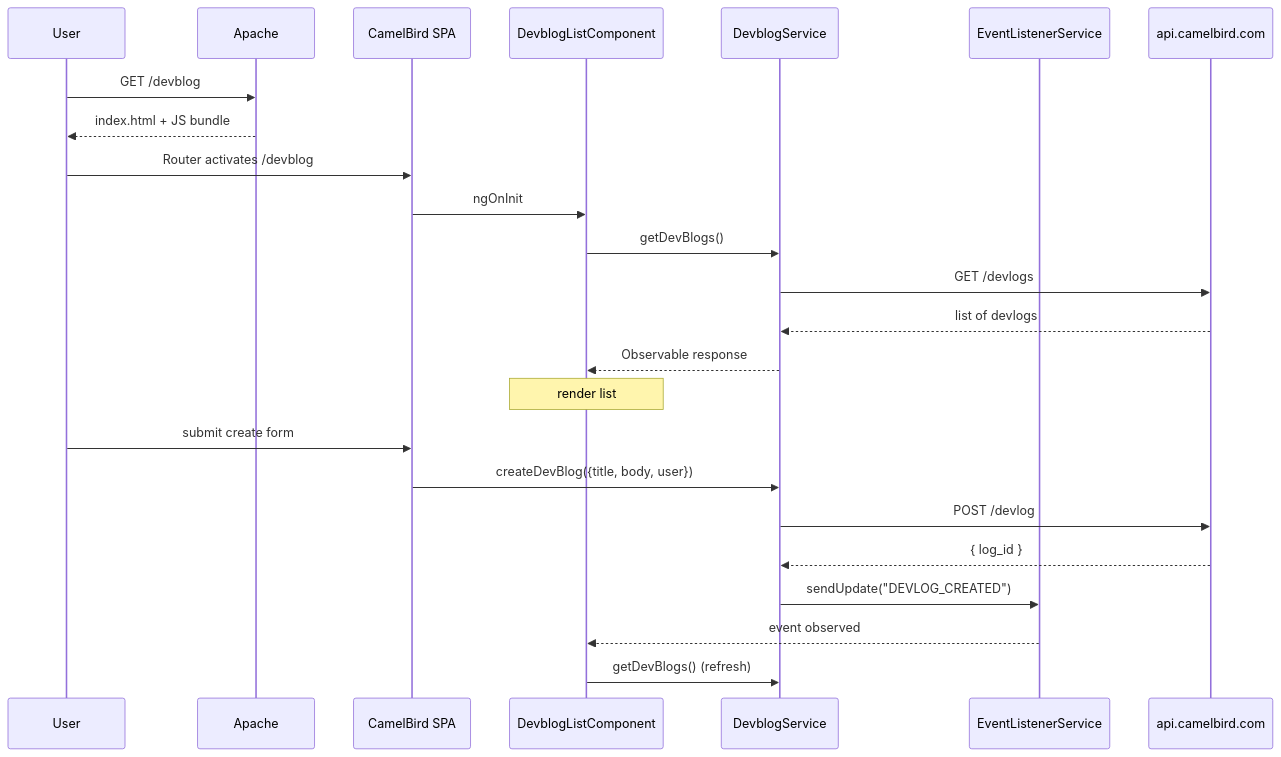
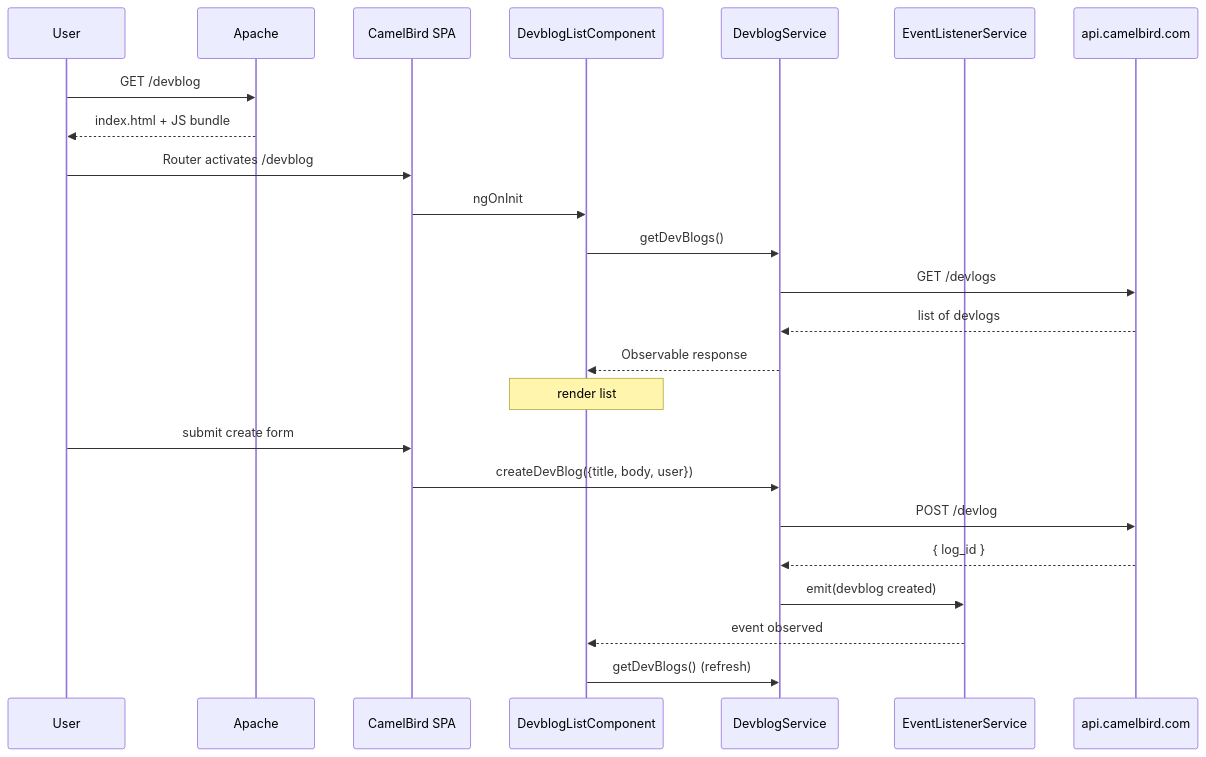
The third of 3 diagrams in docs/ARCHITECTURE.md (dangard/CamelBird), drawn with Mermaid before and after one commit. The commit also changed other lines of this file and 6 other files, not shown here.

````diff
--- a/docs/ARCHITECTURE.md
+++ b/docs/ARCHITECTURE.md
@@ -98,28 +98,28 @@
 ```mermaid
 sequenceDiagram
   participant U as User
   participant A as Apache
   participant SPA as CamelBird SPA
   participant L as DevblogListComponent
   participant S as DevblogService
   participant E as EventListenerService
   participant API as api.camelbird.com
 
   U->>A: GET /devblog
   A-->>U: index.html + JS bundle
   U->>SPA: Router activates /devblog
   SPA->>L: ngOnInit
   L->>S: getDevBlogs()
   S->>API: GET /devlogs
   API-->>S: list of devlogs
   S-->>L: Observable response
   Note over L: render list
 
   U->>SPA: submit create form
   SPA->>S: createDevBlog({title, body, user})
   S->>API: POST /devlog
   API-->>S: { log_id }
-  S->>E: sendUpdate("DEVLOG_CREATED")
+  S->>E: emit(devblog created)
   E-->>L: event observed
   L->>S: getDevBlogs() (refresh)
 ```
````
